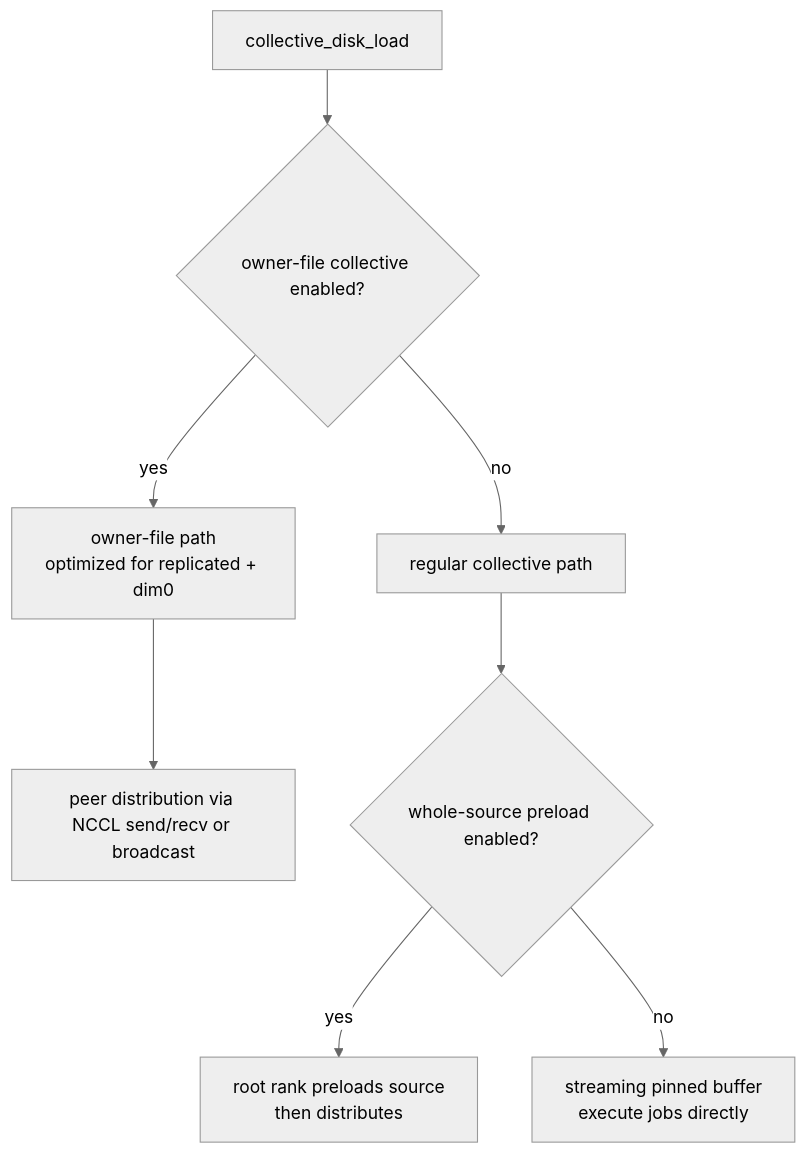
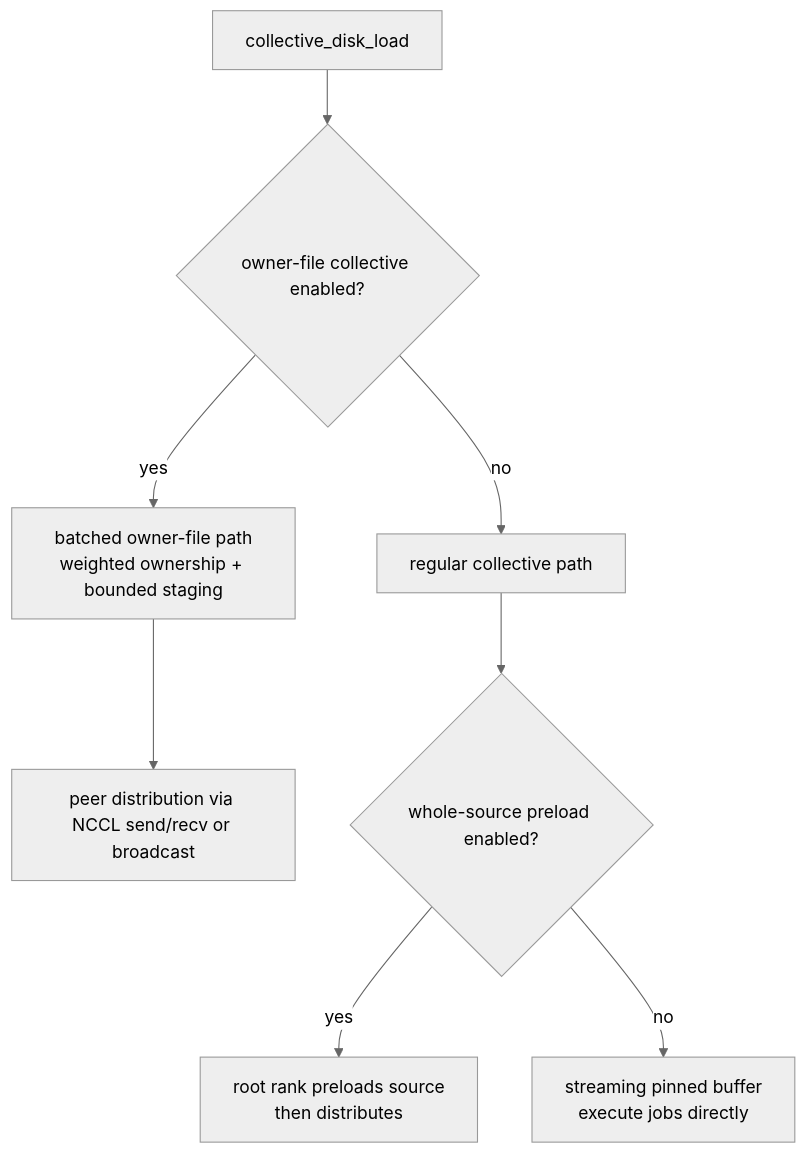
The third of 4 diagrams in docs/internals/disk-load-strategy.md (tensorcast-ai/tensorcast), drawn with Mermaid (neutral theme) before and after one commit. The commit also changed other lines of this file and 6 other files, not shown here.

````diff
--- a/docs/internals/disk-load-strategy.md
+++ b/docs/internals/disk-load-strategy.md
@@ -304,11 +332,11 @@
 ```mermaid
 flowchart TD
     A["collective_disk_load"] --> B{"owner-file collective enabled?"}
-    B -- "yes" --> C["owner-file path\noptimized for replicated + dim0"]
+    B -- "yes" --> C["batched owner-file path\nweighted ownership + bounded staging"]
     B -- "no" --> D["regular collective path"]
 
     C --> E["peer distribution via NCCL send/recv or broadcast"]
     D --> F{"whole-source preload enabled?"}
     F -- "yes" --> G["root rank preloads source\nthen distributes"]
     F -- "no" --> H["streaming pinned buffer\nexecute jobs directly"]
 ```
````
